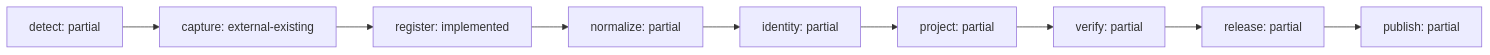
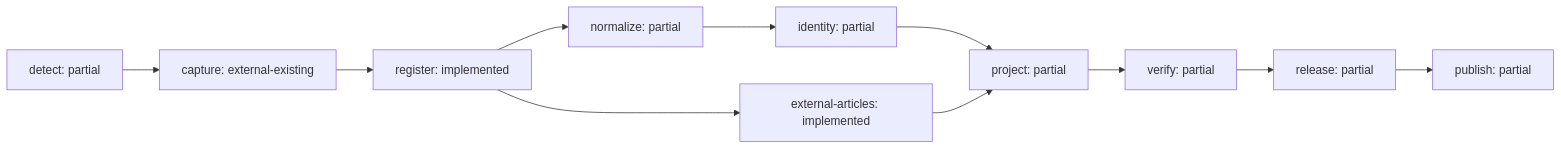
Before and after one commit to rk-gamemods/HumanHostWiki: the second of 2 diagrams in docs/REPOSITORIES.md, drawn with Mermaid. The commit also changed other lines of this file and 27 other files, not shown here.

````diff
--- a/docs/REPOSITORIES.md
+++ b/docs/REPOSITORIES.md
@@ -77,20 +77,23 @@
 ```mermaid
 flowchart LR
   detect["detect: partial"]
   capture["capture: external-existing"]
   detect --> capture
   register["register: implemented"]
   capture --> register
+  external-articles["external-articles: implemented"]
+  register --> external-articles
   normalize["normalize: partial"]
   register --> normalize
   identity["identity: partial"]
   normalize --> identity
   project["project: partial"]
   identity --> project
+  external-articles --> project
   verify["verify: partial"]
   project --> verify
   release["release: partial"]
   verify --> release
   publish["publish: partial"]
   release --> publish
 ```
````
